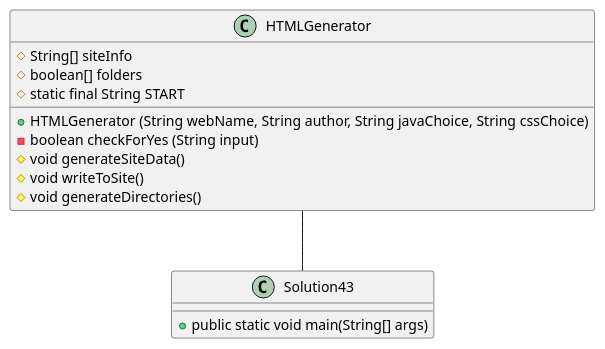
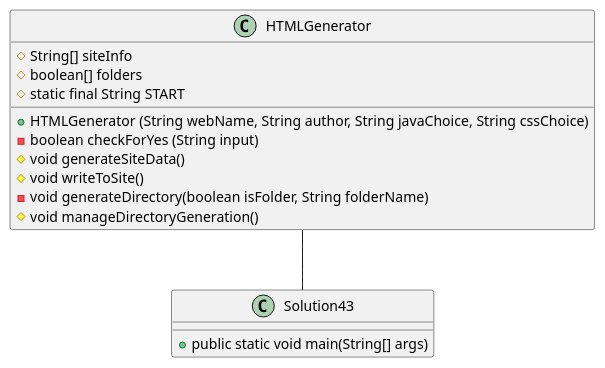
Before and after one commit to CATastrophic141/Simpson-a04: the diagram in exercise43/docs/Solution43UMLdiagram.puml, drawn with PlantUML. The commit also changed 7 other files, not shown here.

```diff
--- a/exercise43/docs/Solution43UMLdiagram.puml
+++ b/exercise43/docs/Solution43UMLdiagram.puml
@@ -1,22 +1,23 @@
 @startuml
 'https://plantuml.com/sequence-diagram
 
 class HTMLGenerator {
  # String[] siteInfo
  # boolean[] folders
  # static final String START
 
  + HTMLGenerator (String webName, String author, String javaChoice, String cssChoice)
  - boolean checkForYes (String input)
  # void generateSiteData()
  # void writeToSite()
- # void generateDirectories()
+ - void generateDirectory(boolean isFolder, String folderName)
+ # void manageDirectoryGeneration()
 }
 
 class Solution43{
 + public static void main(String[] args)
 }
 
 HTMLGenerator -- Solution43
 
 @enduml
```
